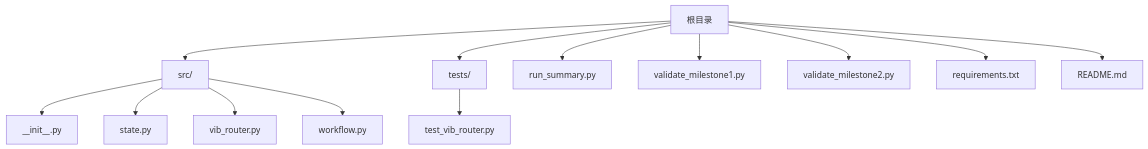
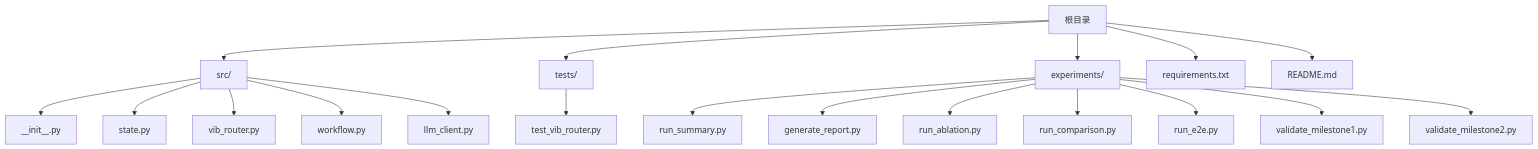
One commit to QuStarry/VIB-SparseCommunication changed the first of 6 diagrams in .qoder/repowiki/zh/content/VIB稀疏通信核心/VIB稀疏通信核心.md. Above: the diagram before and after it, drawn with Mermaid. The commit also changed other lines of this file and 28 other files, not shown here.

````diff
--- a/.qoder/repowiki/zh/content/VIB稀疏通信核心/VIB稀疏通信核心.md
+++ b/.qoder/repowiki/zh/content/VIB稀疏通信核心/VIB稀疏通信核心.md
@@ -35,15 +50,21 @@
 ```mermaid
 graph TB
 A["根目录"] --> B["src/"]
 A --> C["tests/"]
-A --> D["run_summary.py"]
-A --> E["validate_milestone1.py"]
-A --> F["validate_milestone2.py"]
-A --> G["requirements.txt"]
-A --> H["README.md"]
+A --> D["experiments/"]
+A --> E["requirements.txt"]
+A --> F["README.md"]
 B --> B1["__init__.py"]
 B --> B2["state.py"]
 B --> B3["vib_router.py"]
 B --> B4["workflow.py"]
+B --> B5["llm_client.py"]
 C --> C1["test_vib_router.py"]
+D --> D1["run_summary.py"]
+D --> D2["generate_report.py"]
+D --> D3["run_ablation.py"]
+D --> D4["run_comparison.py"]
+D --> D5["run_e2e.py"]
+D --> D6["validate_milestone1.py"]
+D --> D7["validate_milestone2.py"]
 ```
````
